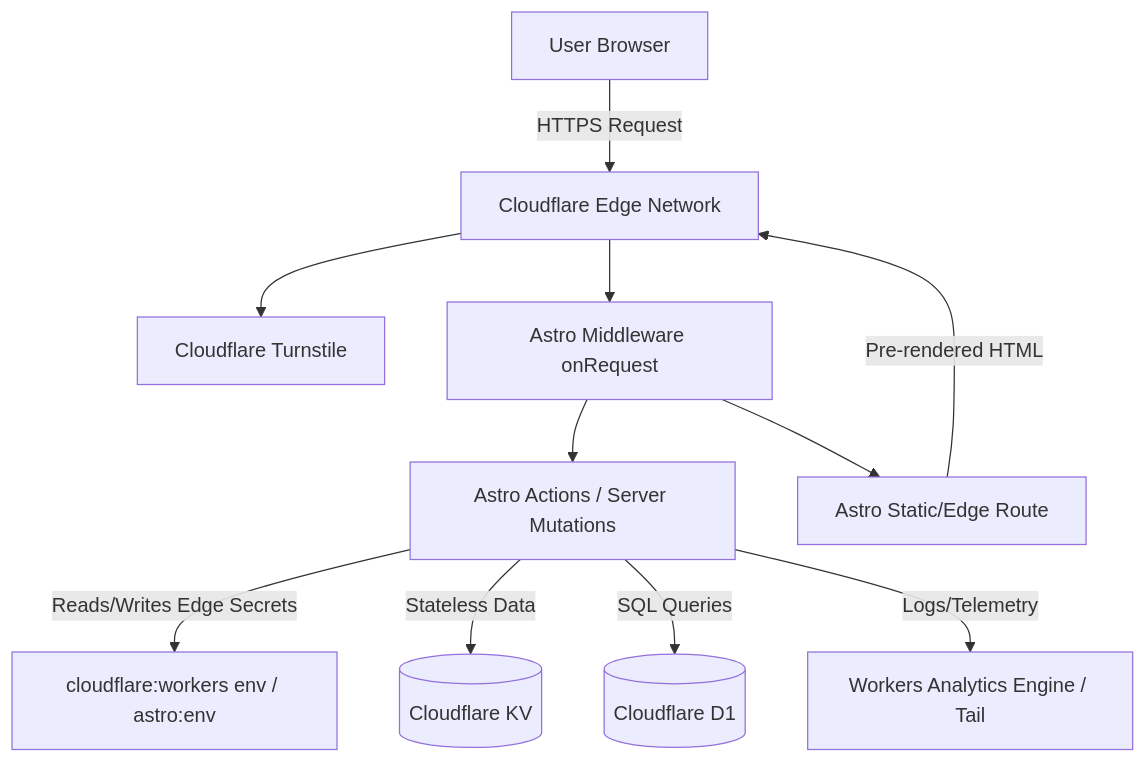
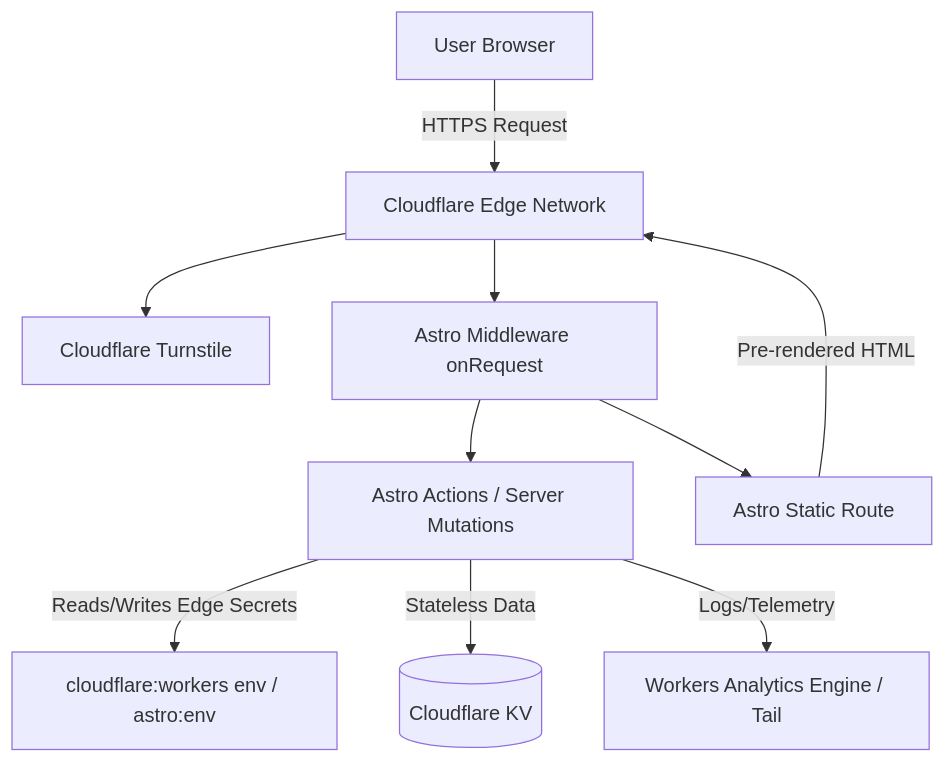
The diagram in Software_Design_Document.md (TerribleTurtle/TerribleTurtles.dev), drawn with Mermaid before and after one commit. The commit also changed other lines of this file and 17 other files, not shown here.

````diff
--- a/Software_Design_Document.md
+++ b/Software_Design_Document.md
@@ -22,13 +21,12 @@
 ```mermaid
 graph TD
     Client[User Browser] -->|HTTPS Request| CFEdge[Cloudflare Edge Network]
     CFEdge --> Turnstile[Cloudflare Turnstile]
     CFEdge --> Middleware[Astro Middleware onRequest]
     Middleware --> Actions[Astro Actions / Server Mutations]
     Actions -->|Reads/Writes Edge Secrets| EnvBindings[cloudflare:workers env / astro:env]
     Actions -->|Stateless Data| KV[(Cloudflare KV)]
-    Actions -->|SQL Queries| D1[(Cloudflare D1)]
     Actions -->|Logs/Telemetry| Tail[Workers Analytics Engine / Tail]
-    Middleware --> PageRoute[Astro Static/Edge Route]
+    Middleware --> PageRoute[Astro Static Route]
     PageRoute -->|Pre-rendered HTML| CFEdge
 ```
````
